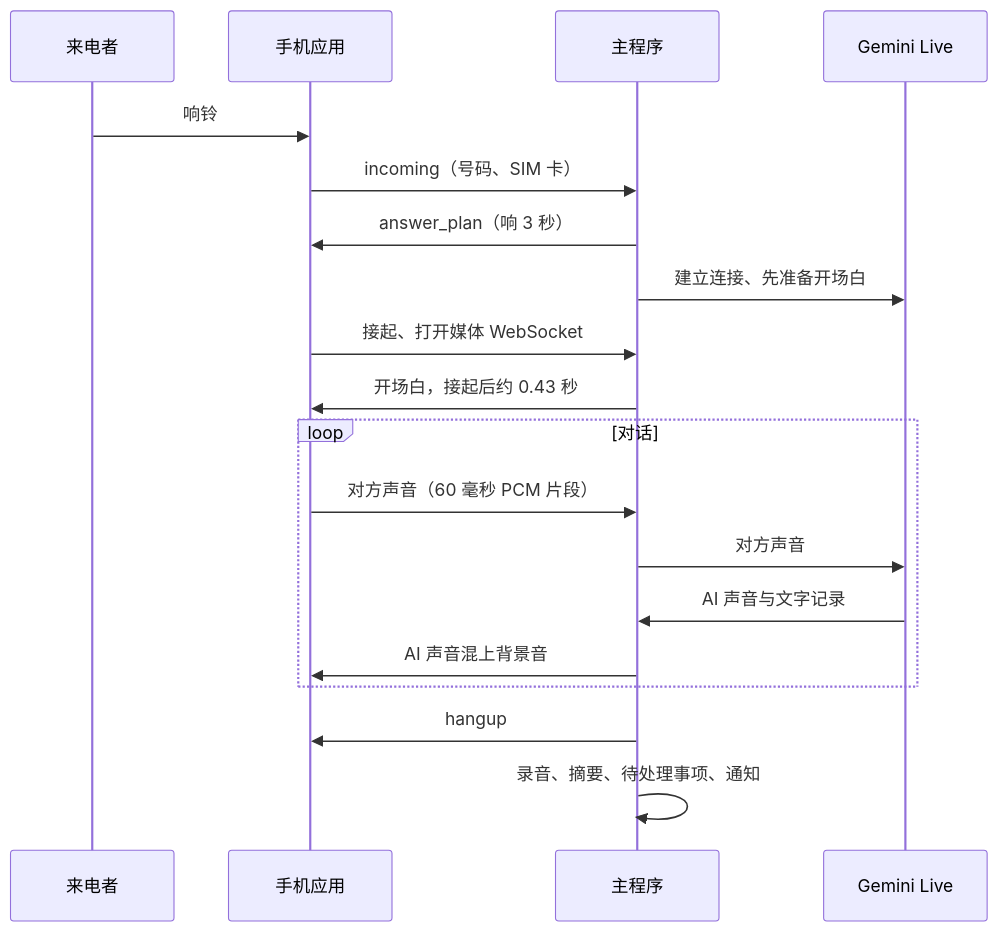
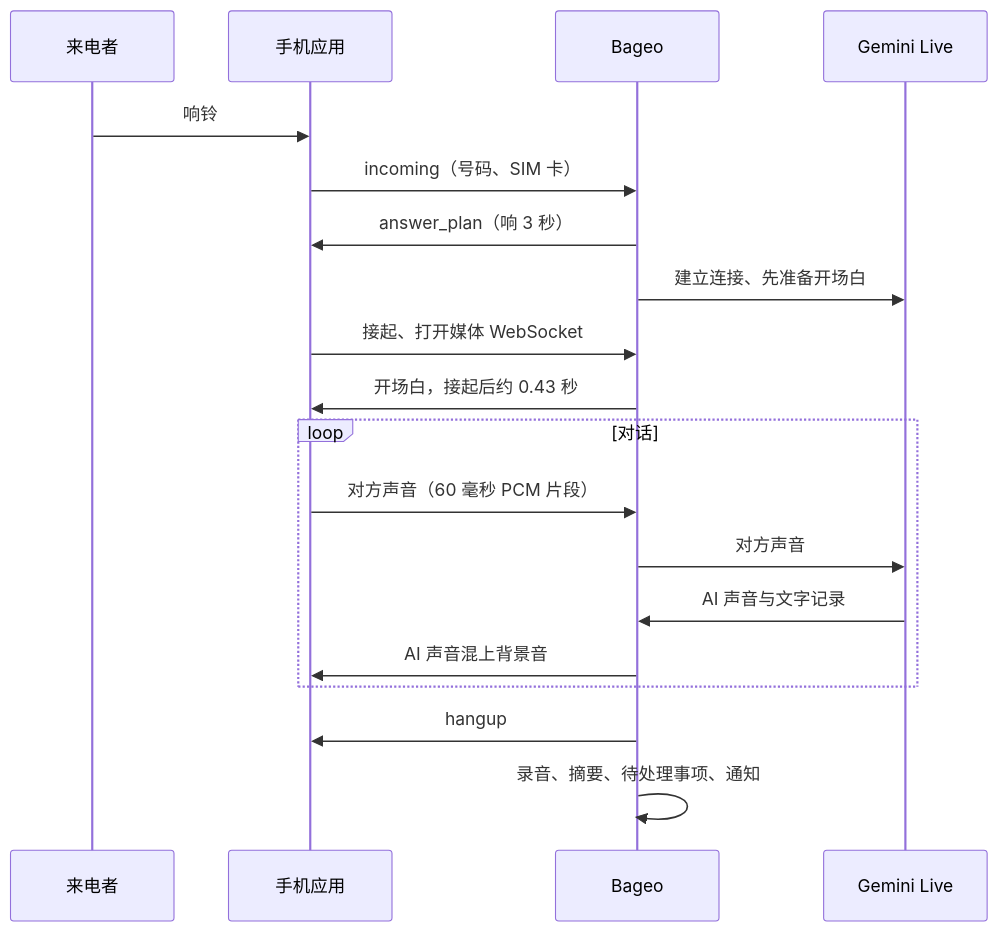
Before and after one commit to h4lo-void/bageo-call: the second of 2 diagrams in docs/zh-CN/ARCHITECTURE.md, drawn with Mermaid. The commit also changed other lines of this file and 35 other files, not shown here.

````diff
--- a/docs/zh-CN/ARCHITECTURE.md
+++ b/docs/zh-CN/ARCHITECTURE.md
@@ -69,21 +69,21 @@
 ```mermaid
 sequenceDiagram
     participant C as 来电者
     participant P as 手机应用
-    participant A as 主程序
+    participant A as Bageo
     participant G as Gemini Live
     C->>P: 响铃
     P->>A: incoming（号码、SIM 卡）
     A->>P: answer_plan（响 3 秒）
     A->>G: 建立连接、先准备开场白
     P->>A: 接起、打开媒体 WebSocket
     A->>P: 开场白，接起后约 0.43 秒
     loop 对话
         P->>A: 对方声音（60 毫秒 PCM 片段）
         A->>G: 对方声音
         G->>A: AI 声音与文字记录
         A->>P: AI 声音混上背景音
     end
     A->>P: hangup
     A->>A: 录音、摘要、待处理事项、通知
 ```
````
